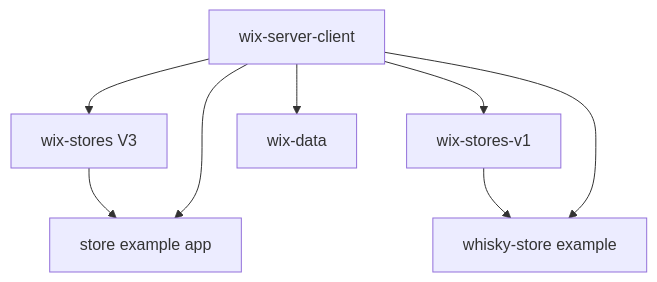
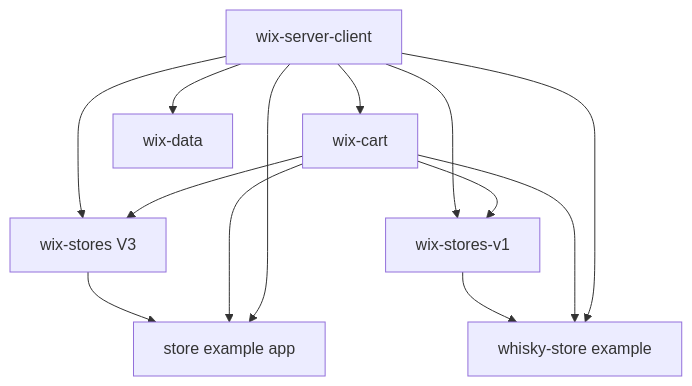
One commit to jay-framework/wix changed the first of 2 diagrams in design-log/01 - wix packages structure.md. Above: the diagram before and after it, drawn with Mermaid. The commit also changed other lines of this file and 41 other files, not shown here.

Commit message:
refactored the wix-cart package out of the wix-stores and wix-stores-v1 packages

````diff
--- a/design-log/01 - wix packages structure.md
+++ b/design-log/01 - wix packages structure.md
@@ -9,10 +9,15 @@
 ```mermaid
 graph TD
     A[wix-server-client] --> B[wix-stores V3]
     A --> B1[wix-stores-v1]
+    A --> Cart[wix-cart]
     A --> C[wix-data]
+    Cart --> B
+    Cart --> B1
     B --> D[store example app]
     B1 --> D1[whisky-store example]
+    Cart --> D
+    Cart --> D1
     A --> D
     A --> D1
 ```
````
